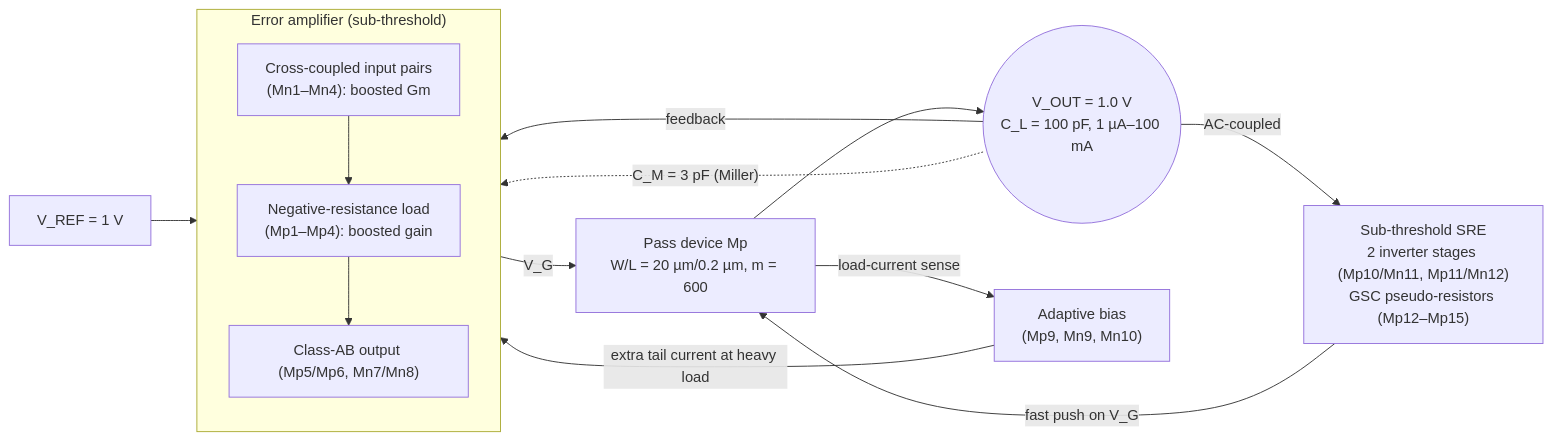
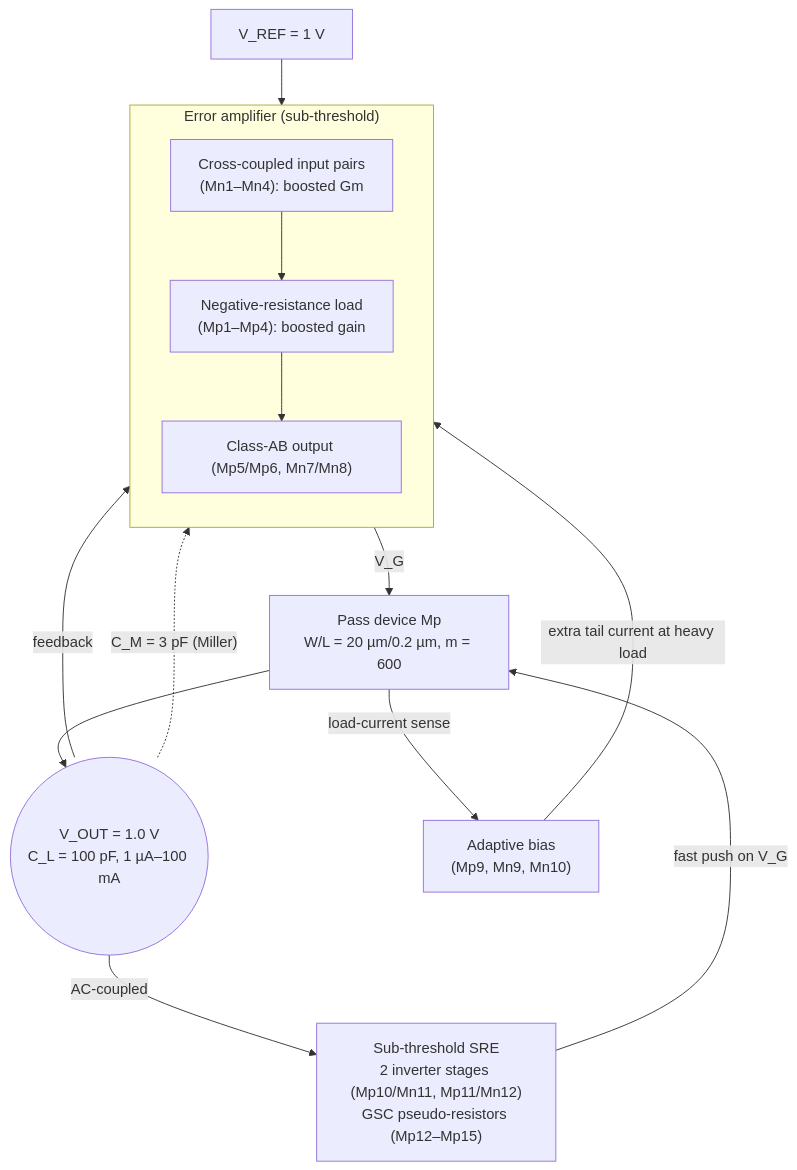
The diagram in README.md (shravan-172005/capless-ldo-180nm), drawn with Mermaid before and after one commit.

Commit message:
Use top-down layout for the architecture diagram
Claude-Session: https://claude.ai/code/session_01KWUHwQSDQuW9TqdfzEC7Pu

````diff
--- a/README.md
+++ b/README.md
@@ -30,19 +30,19 @@
 ```mermaid
-flowchart LR
+flowchart TB
     REF["V_REF = 1 V"] --> EA
     subgraph EA["Error amplifier (sub-threshold)"]
         direction TB
         A1["Cross-coupled input pairs<br/>(Mn1–Mn4): boosted Gm"]
         A2["Negative-resistance load<br/>(Mp1–Mp4): boosted gain"]
         A3["Class-AB output (Mp5/Mp6, Mn7/Mn8)"]
         A1 --> A2 --> A3
     end
     EA -- "V_G" --> MP["Pass device Mp<br/>W/L = 20 µm/0.2 µm, m = 600"]
     MP --> VOUT(("V_OUT = 1.0 V<br/>C_L = 100 pF, 1 µA–100 mA"))
     VOUT -- "feedback" --> EA
     VOUT -. "C_M = 3 pF (Miller)" .-> EA
     MP -- "load-current sense" --> AB["Adaptive bias<br/>(Mp9, Mn9, Mn10)"]
     AB -- "extra tail current at heavy load" --> EA
     VOUT -- "AC-coupled" --> SRE["Sub-threshold SRE<br/>2 inverter stages (Mp10/Mn11, Mp11/Mn12)<br/>GSC pseudo-resistors (Mp12–Mp15)"]
     SRE -- "fast push on V_G" --> MP
 ```
````
